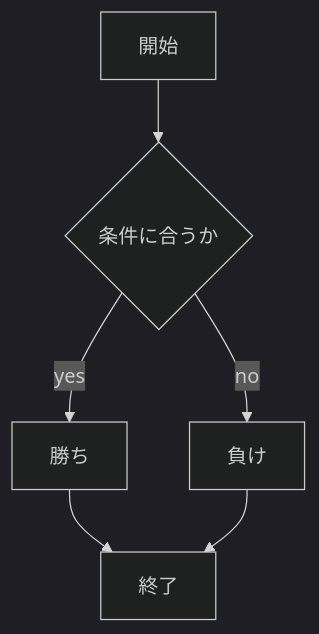
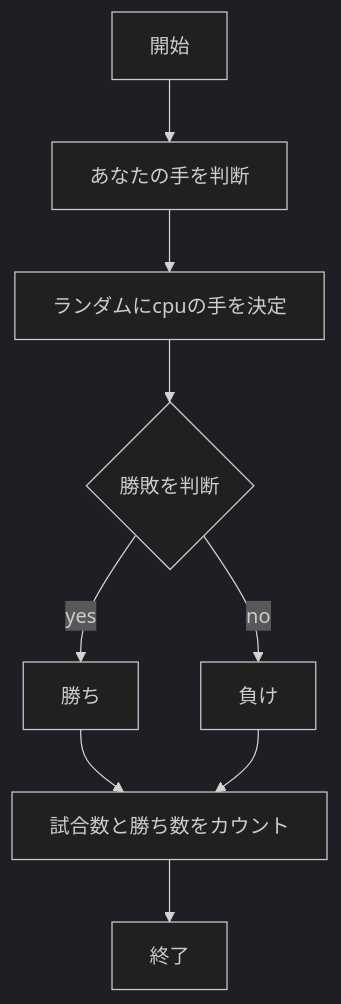
The first of 3 diagrams in README.md (Azbyisverystrong/webpro_06), drawn with Mermaid (dark theme) before and after one commit. The commit also changed other lines of this file and 9 other files, not shown here.

````diff
--- a/README.md
+++ b/README.md
@@ -17,15 +24,21 @@
 ```mermaid
 flowchart TD;
 
 start["開始"];
+te["あなたの手を判断"]
+cpute["ランダムにcpuの手を決定"]
+handan["試合数と勝ち数をカウント"]
 end1["終了"]
-if{"条件に合うか"}
+if{"勝敗を判断"}
 win["勝ち"]
 loose["負け"]
 
-start --> if
+start --> te
+te --> cpute
+cpute --> if
 if -->|yes| win
-win --> end1
+win --> handan
 if -->|no| loose
-loose-->end1
+loose-->handan
+handan --> end1
 ```
````
